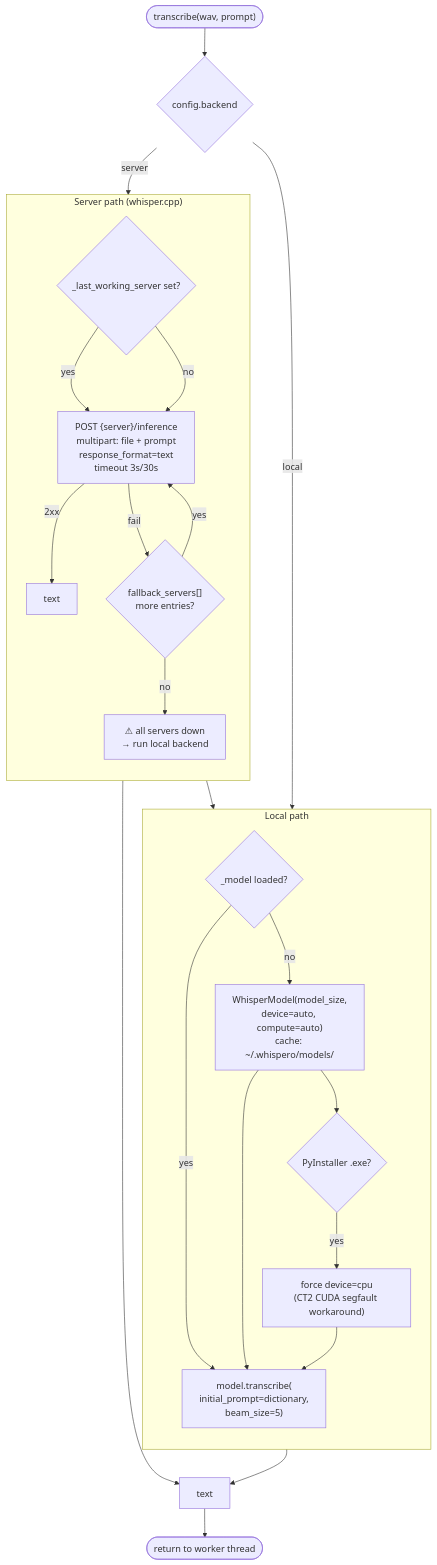
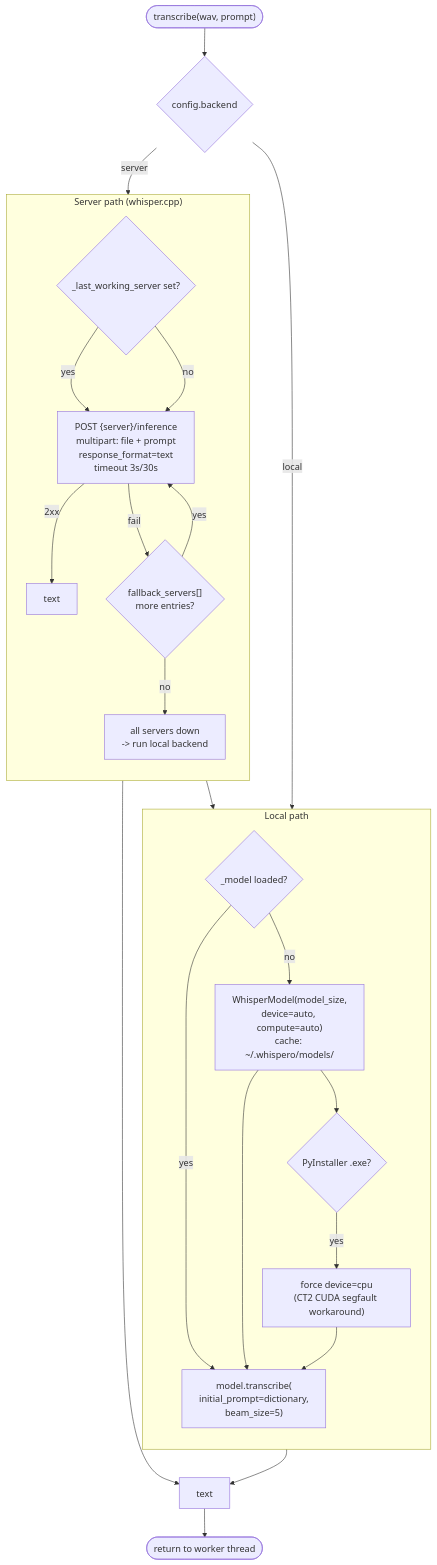
The third of 3 diagrams in README.md (ParkerCai/WhisperO), drawn with Mermaid before and after one commit. The commit also changed other lines of this file and 12 other files, not shown here.

````diff
--- a/README.md
+++ b/README.md
@@ -260,35 +339,35 @@
 ```mermaid
 flowchart TD
     START(["transcribe(wav, prompt)"]) --> CHECK{"config.backend"}
 
     CHECK -->|local| LOCAL_PATH
     CHECK -->|server| SERVER_PATH
 
     subgraph LOCAL_PATH["Local path"]
       direction TB
       LM{"_model loaded?"}
       LM -->|no| LOAD["WhisperModel(model_size,<br/>device=auto, compute=auto)<br/>cache: ~/.whispero/models/"]
       LM -->|yes| RUN
       LOAD --> RUN["model.transcribe(<br/>  initial_prompt=dictionary,<br/>  beam_size=5)"]
       PYI{"PyInstaller .exe?"}
       LOAD --> PYI
       PYI -->|yes| FORCE_CPU["force device=cpu<br/>(CT2 CUDA segfault workaround)"]
       FORCE_CPU --> RUN
     end
 
     subgraph SERVER_PATH["Server path (whisper.cpp)"]
       direction TB
       LASTOK{"_last_working_server set?"}
       LASTOK -->|yes| TRY1["POST {server}/inference<br/>multipart: file + prompt<br/>response_format=text<br/>timeout 3s/30s"]
       LASTOK -->|no| TRY1
       TRY1 -->|2xx| OK["text"]
       TRY1 -->|fail| FB{"fallback_servers[]<br/>more entries?"}
       FB -->|yes| TRY1
-      FB -->|no| LOCAL_FB["⚠ all servers down<br/>→ run local backend"]
+      FB -->|no| LOCAL_FB["all servers down<br/>-> run local backend"]
       LOCAL_FB --> RUN
     end
 
     RUN --> OUT["text"]
     OK --> OUT
     OUT --> END(["return to worker thread"])
 ```
````
